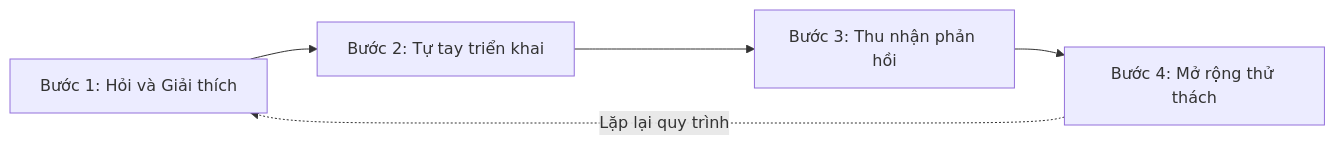
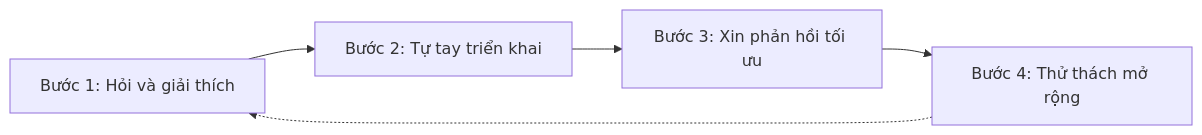
Before and after one commit to nguyengoctin/my_website: the first of 2 diagrams in content/posts/prompts-and-mindset-web-dev-with-ai-sidekick.md, drawn with Mermaid. The commit also changed other lines of this file and 211 other files, not shown here.

````diff
--- a/content/posts/prompts-and-mindset-web-dev-with-ai-sidekick.md
+++ b/content/posts/prompts-and-mindset-web-dev-with-ai-sidekick.md
@@ -80,7 +56,7 @@
 ```mermaid
 flowchart LR
-    A["Bước 1: Hỏi và Giải thích"] --> B["Bước 2: Tự tay triển khai"]
-    B --> C["Bước 3: Thu nhận phản hồi"]
-    C --> D["Bước 4: Mở rộng thử thách"]
-    D -. Lặp lại quy trình .-> A
+    Step1["Bước 1: Hỏi và giải thích"] --> Step2["Bước 2: Tự tay triển khai"]
+    Step2 --> Step3["Bước 3: Xin phản hồi tối ưu"]
+    Step3 --> Step4["Bước 4: Thử thách mở rộng"]
+    Step4 -.-> Step1
 ```
````
